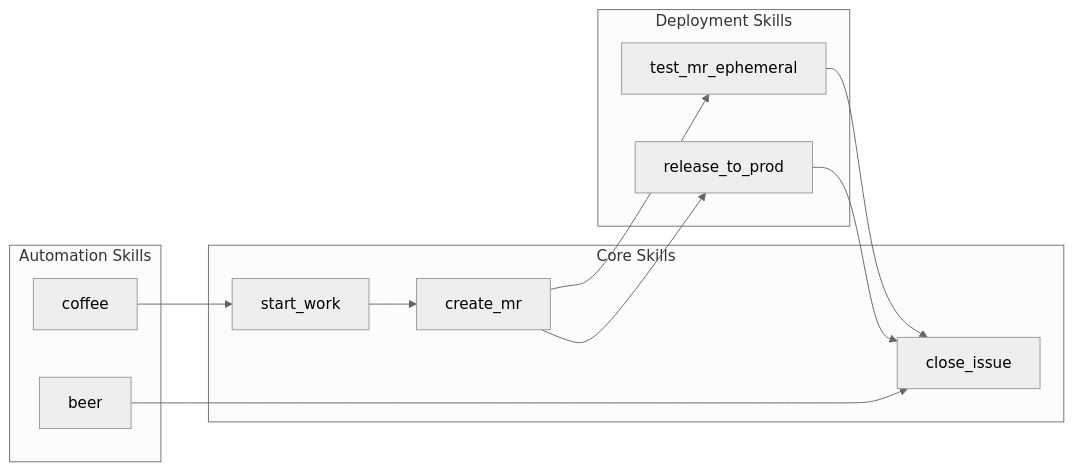
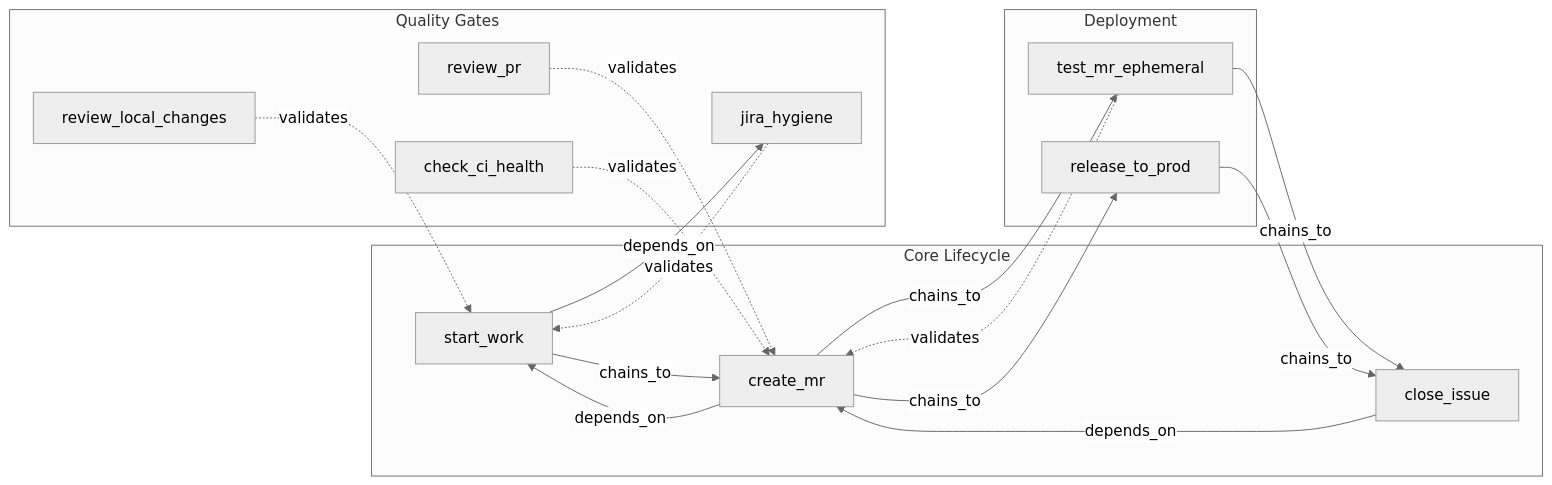
Before and after one commit to dmzoneill/redhat-ai-workflow: the first of 4 diagrams in docs/architecture/diagrams/04-skills/skill-dependencies.md, drawn with Mermaid (neutral theme). The commit also changed other lines of this file and 126 other files, not shown here.

````diff
--- a/docs/architecture/diagrams/04-skills/skill-dependencies.md
+++ b/docs/architecture/diagrams/04-skills/skill-dependencies.md
@@ -7,27 +19,36 @@
 ```mermaid
 graph LR
-    subgraph CoreSkills[Core Skills]
+    subgraph CoreSkills[Core Lifecycle]
         START[start_work]
         CREATE_MR[create_mr]
         CLOSE[close_issue]
     end
 
-    subgraph DeploySkills[Deployment Skills]
+    subgraph QualityGates[Quality Gates]
+        HYGIENE[jira_hygiene]
+        REVIEW[review_pr]
+        LOCAL_REVIEW[review_local_changes]
+        CI[check_ci_health]
+    end
+
+    subgraph DeploySkills[Deployment]
         TEST_MR[test_mr_ephemeral]
         RELEASE[release_to_prod]
     end
 
-    subgraph AutoSkills[Automation Skills]
-        COFFEE[coffee]
-        BEER[beer]
-    end
+    START -->|chains_to| CREATE_MR
+    CREATE_MR -->|chains_to| TEST_MR
+    TEST_MR -->|chains_to| CLOSE
+    CREATE_MR -->|chains_to| RELEASE
+    RELEASE -->|chains_to| CLOSE
 
-    START --> CREATE_MR
-    CREATE_MR --> TEST_MR
-    TEST_MR --> CLOSE
-    CREATE_MR --> RELEASE
-    RELEASE --> CLOSE
+    HYGIENE -.->|validates| START
+    REVIEW -.->|validates| CREATE_MR
+    LOCAL_REVIEW -.->|validates| START
+    CI -.->|validates| CREATE_MR
+    TEST_MR -.->|validates| CREATE_MR
 
-    COFFEE --> START
-    BEER --> CLOSE
+    START -->|depends_on| HYGIENE
+    CREATE_MR -->|depends_on| START
+    CLOSE -->|depends_on| CREATE_MR
 ```
````
